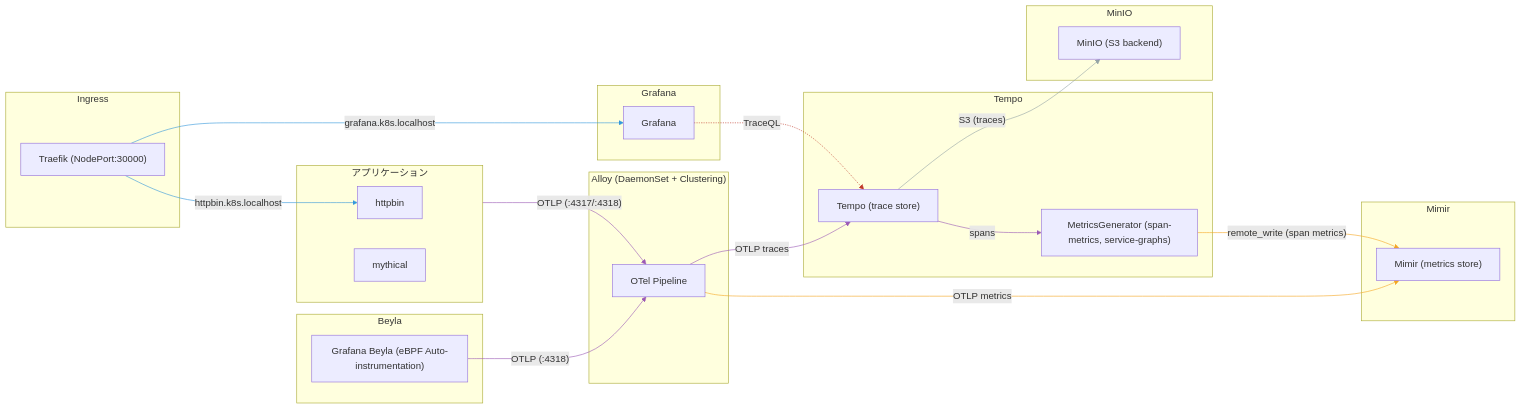
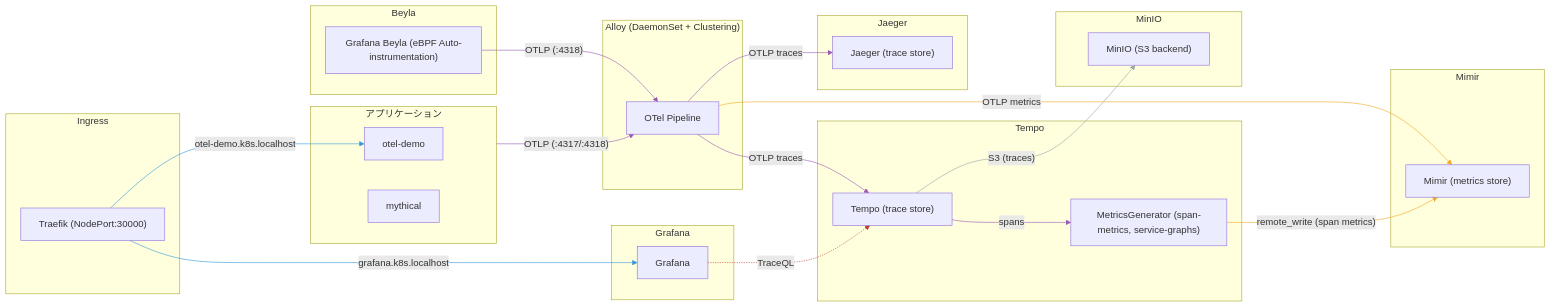
One commit to buzztaiki/sandbox changed the third of 4 diagrams in k8s/alloy-lgtm-kubeprom/README.md. Above: the diagram before and after it, drawn with Mermaid. The commit also changed other lines of this file, not shown here.

First line of the commit message:
docs: update README diagrams to reflect current architecture

````diff
--- a/k8s/alloy-lgtm-kubeprom/README.md
+++ b/k8s/alloy-lgtm-kubeprom/README.md
@@ -147,59 +149,64 @@
 ```mermaid
 graph LR
     subgraph apps["アプリケーション"]
-        httpbin["httpbin"]
+        otel_demo["otel-demo"]
         mythical["mythical"]
     end
 
     subgraph beyla_ns["Beyla"]
         beyla["Grafana Beyla (eBPF Auto-instrumentation)"]
     end
 
     subgraph alloy_ns["Alloy (DaemonSet + Clustering)"]
         alloy_otel["OTel Pipeline"]
     end
 
     subgraph tempo_ns["Tempo"]
         tempo["Tempo (trace store)"]
         tempo_mg["MetricsGenerator (span-metrics, service-graphs)"]
+    end
+
+    subgraph jaeger_ns["Jaeger"]
+        jaeger["Jaeger (trace store)"]
     end
 
     subgraph mimir_ns["Mimir"]
         mimir["Mimir (metrics store)"]
     end
 
     subgraph minio_ns["MinIO"]
         minio["MinIO (S3 backend)"]
     end
 
     subgraph grafana_ns["Grafana"]
         grafana["Grafana"]
     end
 
     subgraph ingress["Ingress"]
         traefik["Traefik (NodePort:30000)"]
     end
 
     beyla t1@-->|"OTLP (:4318)"| alloy_otel
     apps t2@-->|"OTLP (:4317/:4318)"| alloy_otel
     alloy_otel t3@-->|"OTLP traces"| tempo
+    alloy_otel t5@-->|"OTLP traces"| jaeger
     tempo t4@-->|"spans"| tempo_mg
     alloy_otel m2@-->|"OTLP metrics"| mimir
     tempo_mg m1@-->|"remote_write (span metrics)"| mimir
     tempo s1@-->|"S3 (traces)"| minio
     grafana r1@-.->|"TraceQL"| tempo
     traefik i1@-->|"grafana.k8s.localhost"| grafana
-    traefik i2@-->|"httpbin.k8s.localhost"| httpbin
+    traefik i2@-->|"otel-demo.k8s.localhost"| otel_demo
 
     classDef traces stroke:#9b59b6
     classDef metrics stroke:#f5a623
     classDef storage stroke:#95a5a6
     classDef read stroke:#c0392b
     classDef ingress stroke:#3498db
 
-    class t1,t2,t3,t4 traces
+    class t1,t2,t3,t4,t5 traces
     class m1,m2 metrics
     class s1 storage
     class r1 read
     class i1,i2 ingress
 ```
````
